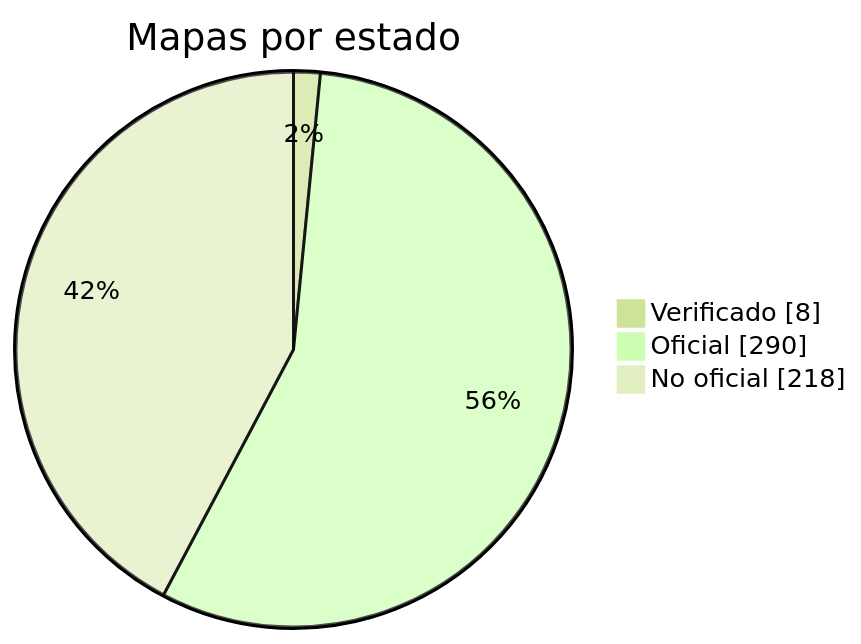
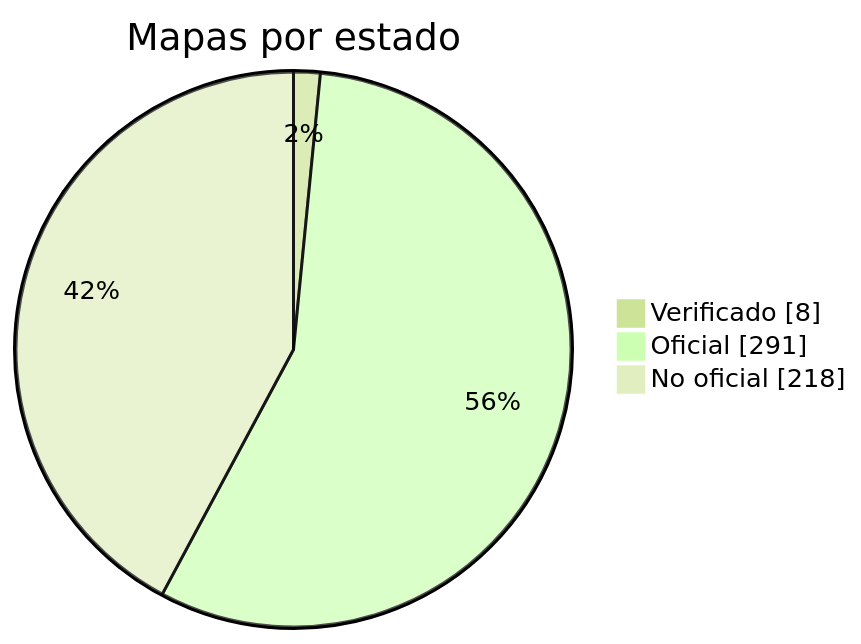
The diagram in docs/readme/README_ES.md (nobrega8/mbmap-library), drawn with Mermaid (forest theme) before and after one commit. The commit also changed 5 other files, not shown here.

````diff
--- a/docs/readme/README_ES.md
+++ b/docs/readme/README_ES.md
@@ -54,7 +54,7 @@
 ```mermaid
 pie showData
     title Mapas por estado
     "Verificado" : 8
-    "Oficial" : 290
+    "Oficial" : 291
     "No oficial" : 218
 ```
````
